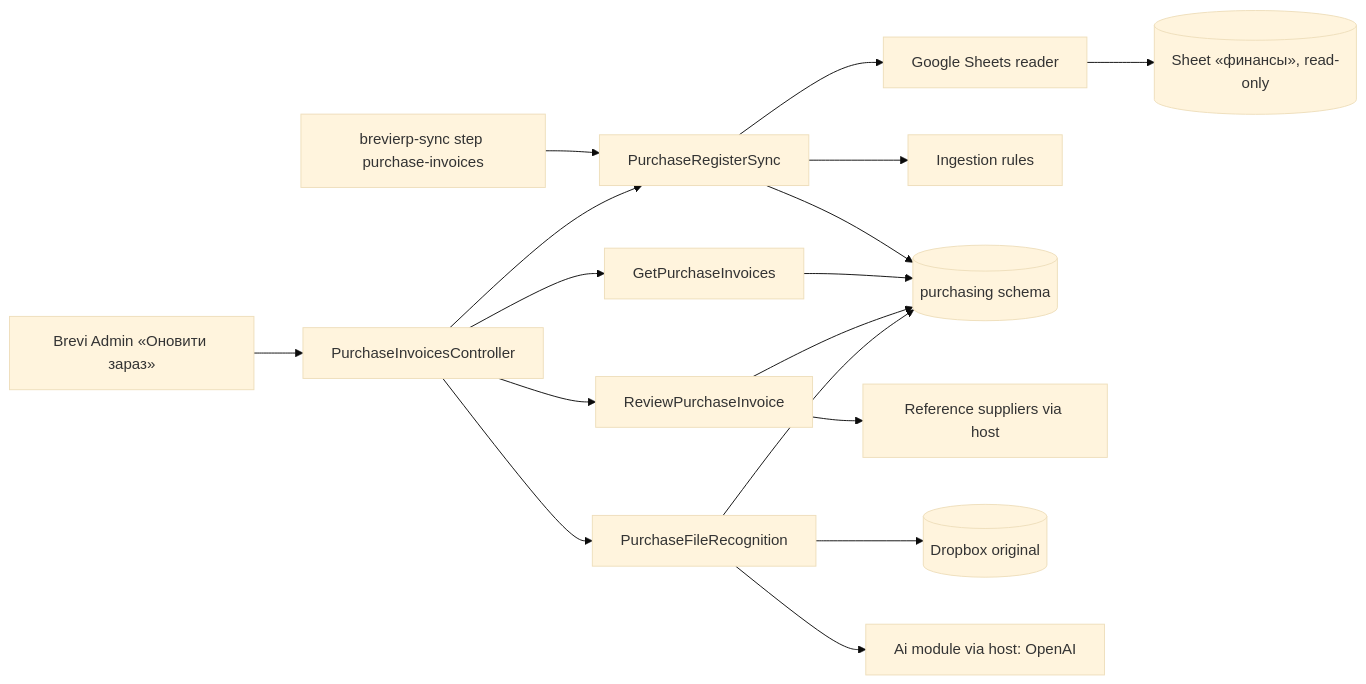
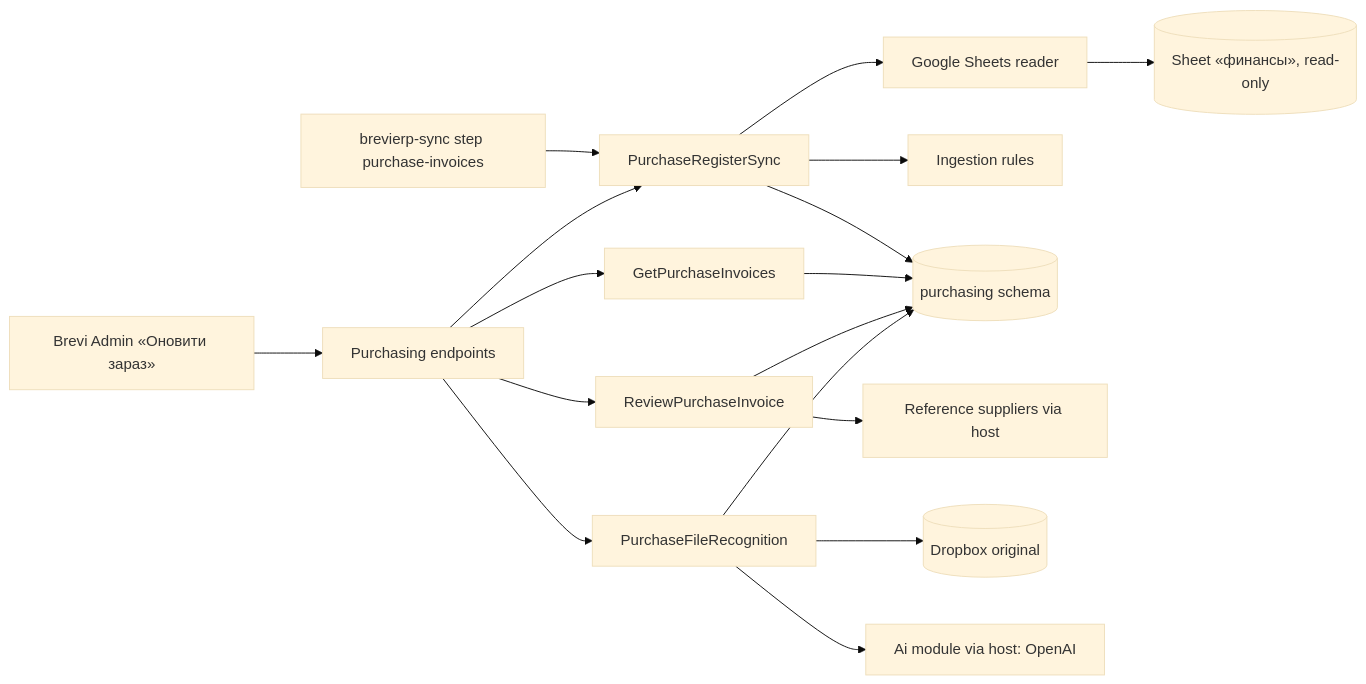
The diagram in docs/sdd/features/purchasing/purchase-invoices.md (Weretik/BreviERP), drawn with Mermaid (base theme) before and after one commit. The commit also changed other lines of this file and 23 other files, not shown here.

First line of the commit message:
Minimal API part 2: Purchasing module, case-insensitive query enums (#162)

````diff
--- a/docs/sdd/features/purchasing/purchase-invoices.md
+++ b/docs/sdd/features/purchasing/purchase-invoices.md
@@ -53,19 +54,19 @@
 ```mermaid
 flowchart LR
-  Admin[Brevi Admin «Оновити зараз»] --> Controller[PurchaseInvoicesController]
+  Admin[Brevi Admin «Оновити зараз»] --> Endpoints[Purchasing endpoints]
   Job[brevierp-sync step purchase-invoices] --> Sync
-  Controller --> Sync[PurchaseRegisterSync]
-  Controller --> Query[GetPurchaseInvoices]
+  Endpoints --> Sync[PurchaseRegisterSync]
+  Endpoints --> Query[GetPurchaseInvoices]
   Sync --> Reader[Google Sheets reader]
   Reader --> Sheet[(Sheet «финансы», read-only)]
   Sync --> Rules[Ingestion rules]
   Sync --> Db[(purchasing schema)]
   Query --> Db
-  Controller --> Review[ReviewPurchaseInvoice]
+  Endpoints --> Review[ReviewPurchaseInvoice]
   Review --> Suppliers[Reference suppliers via host]
   Review --> Db
-  Controller --> Recognize[PurchaseFileRecognition]
+  Endpoints --> Recognize[PurchaseFileRecognition]
   Recognize --> Dropbox[(Dropbox original)]
   Recognize --> Ai[Ai module via host: OpenAI]
   Recognize --> Db
 ```
````
